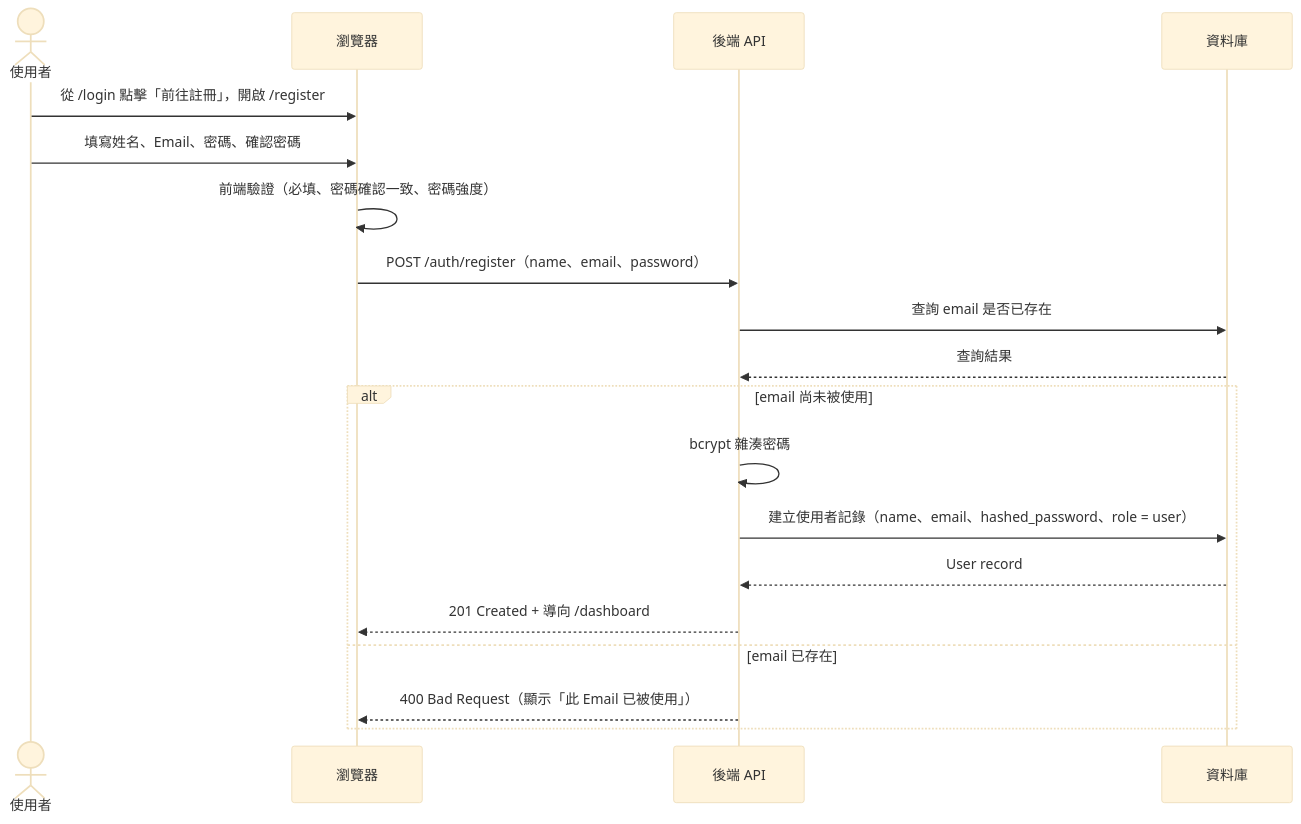
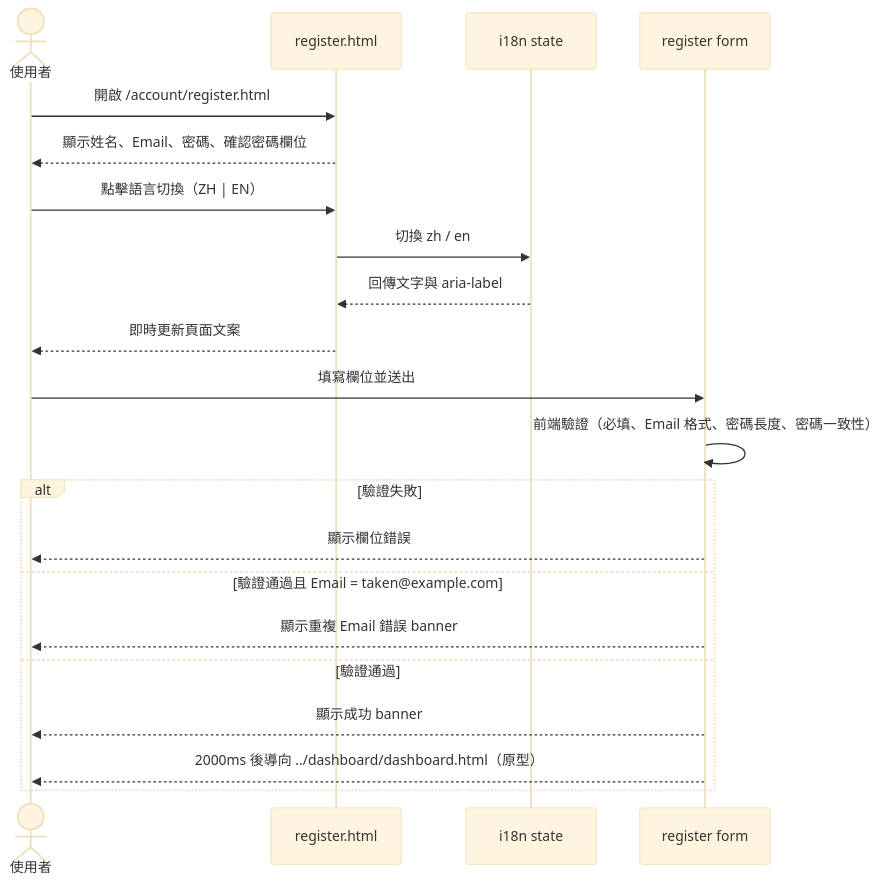
One commit to singyichen/label-suite changed the first of 2 diagrams in specs/account/003-register-email-password/spec.md. Above: the diagram before and after it, drawn with Mermaid (base theme). The commit also changed other lines of this file and 4 other files, not shown here.

Commit message:
docs(spec): align account auth specs with latest prototypes

````diff
--- a/specs/account/003-register-email-password/spec.md
+++ b/specs/account/003-register-email-password/spec.md
@@ -10,24 +17,27 @@
 ```mermaid
 sequenceDiagram
     actor 使用者
-    participant 瀏覽器
-    participant 後端API as 後端 API
-    participant 資料庫
+    participant register as register.html
+    participant i18n as i18n state
+    participant form as register form
 
-    使用者->>瀏覽器: 從 /login 點擊「前往註冊」，開啟 /register
-    使用者->>瀏覽器: 填寫姓名、Email、密碼、確認密碼
-    瀏覽器->>瀏覽器: 前端驗證（必填、密碼確認一致、密碼強度）
+    使用者->>register: 開啟 /account/register.html
+    register-->>使用者: 顯示姓名、Email、密碼、確認密碼欄位
 
-    瀏覽器->>後端API: POST /auth/register（name、email、password）
-    後端API->>資料庫: 查詢 email 是否已存在
-    資料庫-->>後端API: 查詢結果
+    使用者->>register: 點擊語言切換（ZH | EN）
+    register->>i18n: 切換 zh / en
+    i18n-->>register: 回傳文字與 aria-label
+    register-->>使用者: 即時更新頁面文案
 
-    alt email 尚未被使用
-        後端API->>後端API: bcrypt 雜湊密碼
-        後端API->>資料庫: 建立使用者記錄（name、email、hashed_password、role = user）
-        資料庫-->>後端API: User record
-        後端API-->>瀏覽器: 201 Created + 導向 /dashboard
-    else email 已存在
-        後端API-->>瀏覽器: 400 Bad Request（顯示「此 Email 已被使用」）
+    使用者->>form: 填寫欄位並送出
+    form->>form: 前端驗證（必填、Email 格式、密碼長度、密碼一致性）
+
+    alt 驗證失敗
+        form-->>使用者: 顯示欄位錯誤
+    else 驗證通過且 Email = taken@example.com
+        form-->>使用者: 顯示重複 Email 錯誤 banner
+    else 驗證通過
+        form-->>使用者: 顯示成功 banner
+        form-->>使用者: 2000ms 後導向 ../dashboard/dashboard.html（原型）
     end
 ```
````
